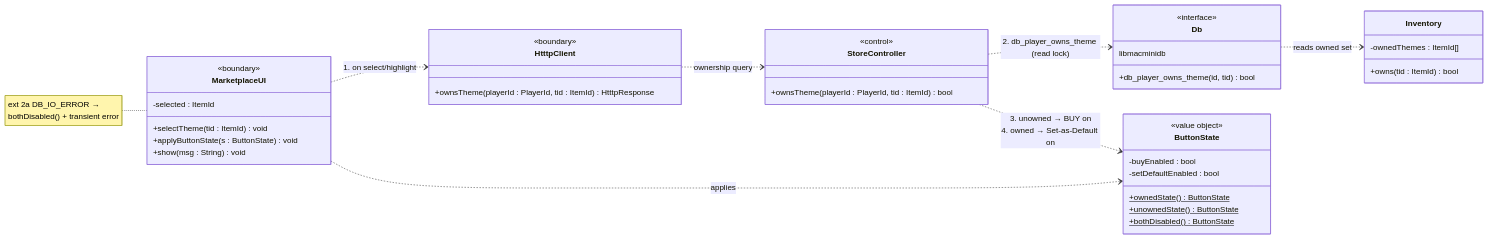
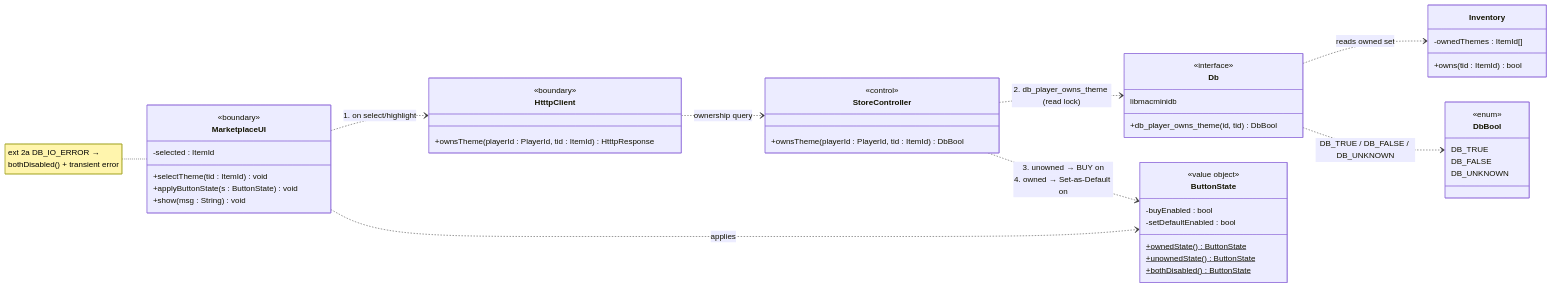
One commit to ziqiqiiii/tetriSH changed the fourth of 16 diagrams in docs/diagrams/class_and_sequence_diagrams/cd_sd_uc15-uc19.md. Above: the diagram before and after it, drawn with Mermaid. The commit also changed other lines of this file and 9 other files, not shown here.

Commit message:
fix: update ownership probe documentation and diagrams to reflect new t_db_bool type

````diff
--- a/docs/diagrams/class_and_sequence_diagrams/cd_sd_uc15-uc19.md
+++ b/docs/diagrams/class_and_sequence_diagrams/cd_sd_uc15-uc19.md
@@ -249,45 +256,52 @@
 ```mermaid
 classDiagram
     direction LR
 
     class MarketplaceUI {
         <<boundary>>
         -selected : ItemId
         +selectTheme(tid : ItemId) void
         +applyButtonState(s : ButtonState) void
         +show(msg : String) void
     }
     class ButtonState {
         <<value object>>
         -buyEnabled : bool
         -setDefaultEnabled : bool
         +ownedState()$ ButtonState
         +unownedState()$ ButtonState
         +bothDisabled()$ ButtonState
     }
     class HtttpClient {
         <<boundary>>
         +ownsTheme(playerId : PlayerId, tid : ItemId) HtttpResponse
     }
     class StoreController {
         <<control>>
-        +ownsTheme(playerId : PlayerId, tid : ItemId) bool
+        +ownsTheme(playerId : PlayerId, tid : ItemId) DbBool
     }
     class Inventory {
         -ownedThemes : ItemId[]
         +owns(tid : ItemId) bool
     }
     class Db {
         <<interface>>
         libmacminidb
-        +db_player_owns_theme(id, tid) bool
+        +db_player_owns_theme(id, tid) DbBool
+    }
+    class DbBool {
+        <<enum>>
+        DB_TRUE
+        DB_FALSE
+        DB_UNKNOWN
     }
 
     MarketplaceUI ..> HtttpClient : 1. on select/highlight
     HtttpClient ..> StoreController : ownership query
     StoreController ..> Db : 2. db_player_owns_theme (read lock)
     Db ..> Inventory : reads owned set
+    Db ..> DbBool : DB_TRUE / DB_FALSE / DB_UNKNOWN
     StoreController ..> ButtonState : 3. unowned → BUY on<br/>4. owned → Set-as-Default on
     MarketplaceUI ..> ButtonState : applies
     note for MarketplaceUI "ext 2a DB_IO_ERROR →<br/>bothDisabled() + transient error"
 ```
````
